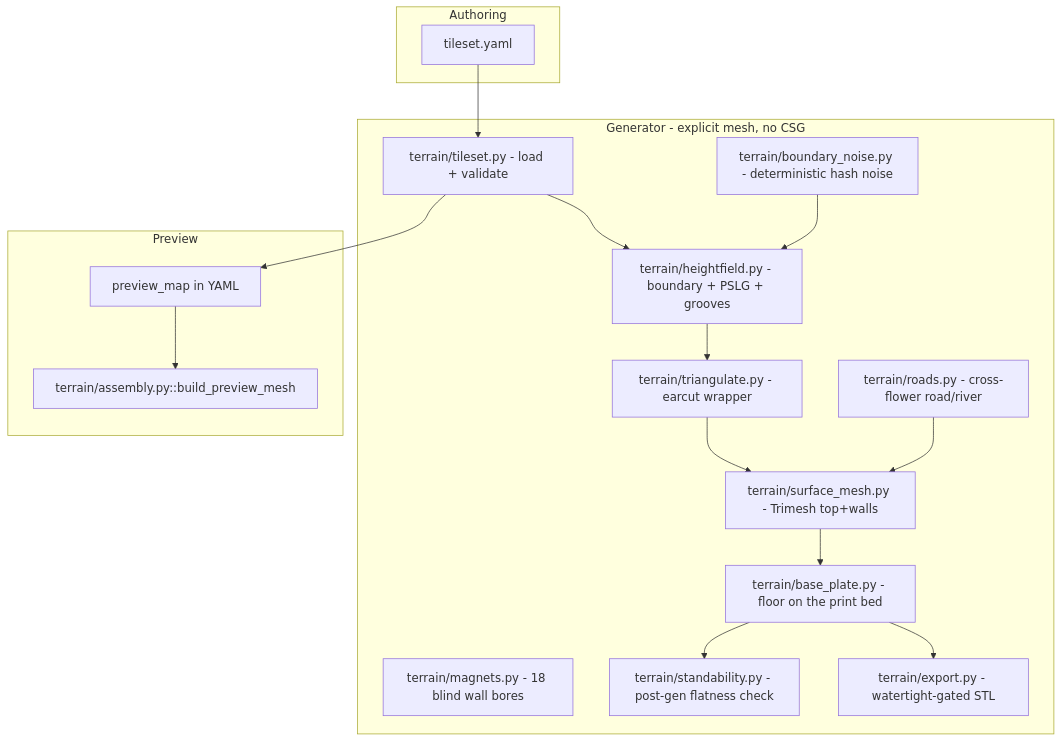
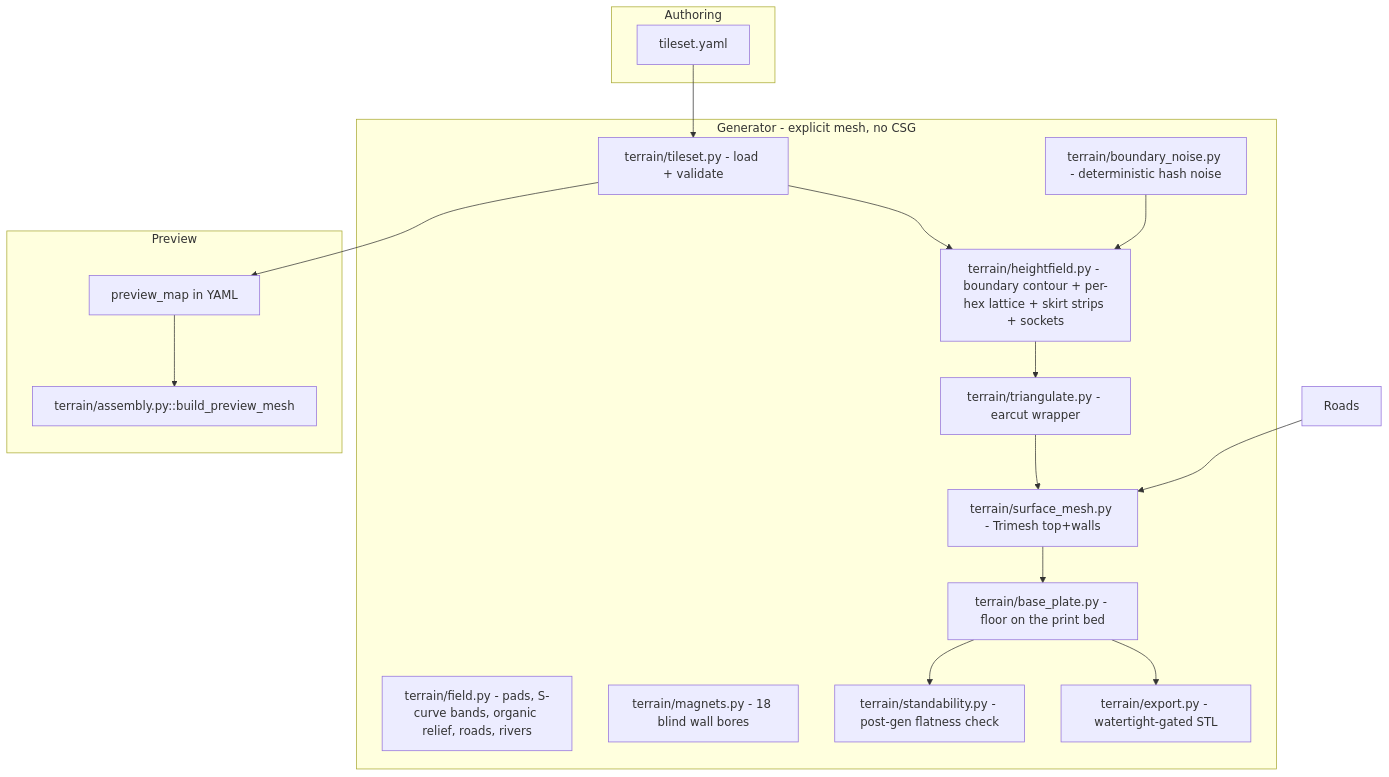
One commit to 3DExtended/TableTopWorld changed the diagram in docs/plans/3d-hex-flower-terrain.md. Above: the diagram before and after it, drawn with Mermaid. The commit also changed other lines of this file and 13 other files, not shown here.

````diff
--- a/docs/plans/3d-hex-flower-terrain.md
+++ b/docs/plans/3d-hex-flower-terrain.md
@@ -40,30 +42,30 @@
 ```mermaid
 flowchart TB
   subgraph authoring [Authoring]
     TilesetYAML[tileset.yaml]
   end
   subgraph core [Generator - explicit mesh, no CSG]
     Schema[terrain/tileset.py - load + validate]
     Noise[terrain/boundary_noise.py - deterministic hash noise]
-    Heightfield[terrain/heightfield.py - boundary + PSLG + grooves]
+    Heightfield[terrain/heightfield.py - boundary contour + per-hex lattice + skirt strips + sockets]
+    Field[terrain/field.py - pads, S-curve bands, organic relief, roads, rivers]
     Tri[terrain/triangulate.py - earcut wrapper]
-    Roads[terrain/roads.py - cross-flower road/river]
     Surface[terrain/surface_mesh.py - Trimesh top+walls]
     Plate[terrain/base_plate.py - floor on the print bed]
     Bores[terrain/magnets.py - 18 blind wall bores]
     Standability[terrain/standability.py - post-gen flatness check]
     Export[terrain/export.py - watertight-gated STL]
   end
   subgraph preview [Preview]
     ManualMap[preview_map in YAML]
     Combined[terrain/assembly.py::build_preview_mesh]
   end
   TilesetYAML --> Schema
   Schema --> Heightfield
   Noise --> Heightfield
   Heightfield --> Tri --> Surface
   Roads --> Surface
   Surface --> Plate --> Export
   Plate --> Standability
   Schema --> ManualMap --> Combined
 ```
````
